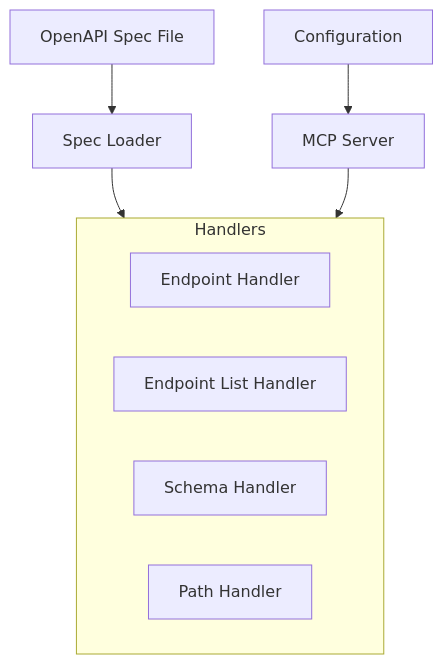
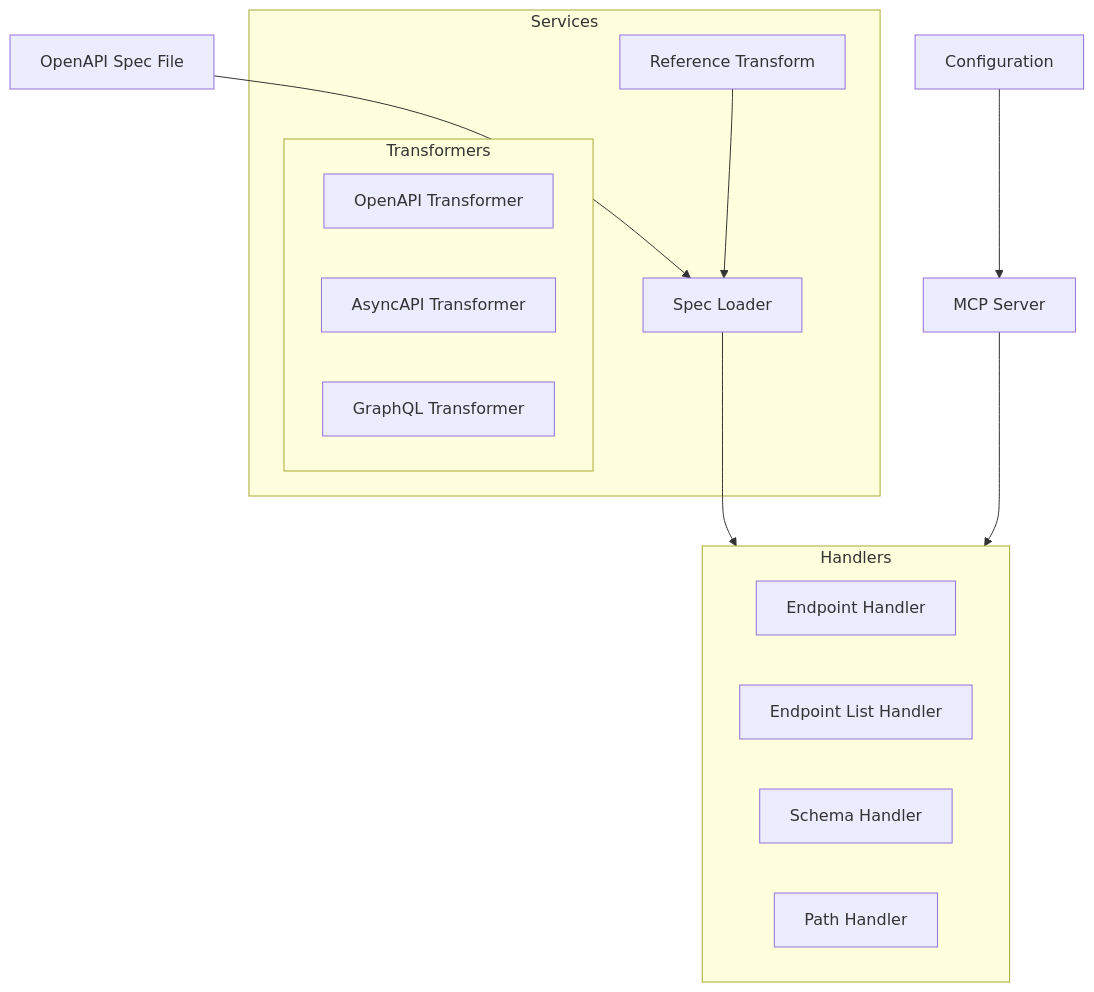
One commit to kadykov/mcp-openapi-schema-explorer changed the diagram in memory-bank/systemPatterns.md. Above: the diagram before and after it, drawn with Mermaid. The commit also changed other lines of this file and 15 other files, not shown here.

First line of the commit message:
Refactor and enhance OpenAPI handling with token-efficient reference transformations

````diff
--- a/memory-bank/systemPatterns.md
+++ b/memory-bank/systemPatterns.md
@@ -5,14 +5,25 @@
 ```mermaid
 graph TD
     Config[Configuration] --> Server[MCP Server]
     Spec[OpenAPI Spec File] --> SpecLoader[Spec Loader]
+    Transform[Reference Transform] --> SpecLoader
     SpecLoader --> Handlers[Resource Handlers]
     Server --> Handlers
+
+    subgraph Services
+        SpecLoader
+        Transform
+        subgraph Transformers[Transformers]
+            OpenAPITransform[OpenAPI Transformer]
+            AsyncAPITransform[AsyncAPI Transformer]
+            GraphQLTransform[GraphQL Transformer]
+        end
+    end
 
     subgraph Handlers
         EndpointHandler[Endpoint Handler]
         EndpointListHandler[Endpoint List Handler]
         SchemaHandler[Schema Handler]
         PathHandler[Path Handler]
     end
 ```
````
